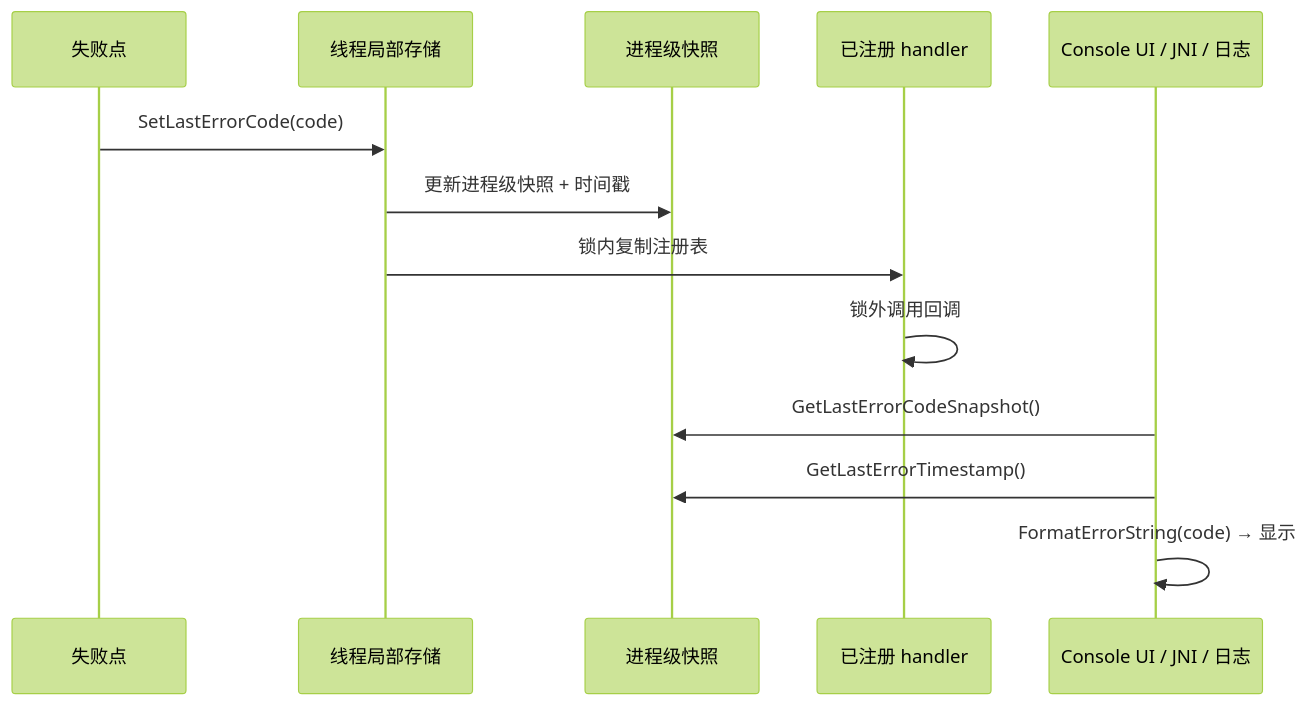
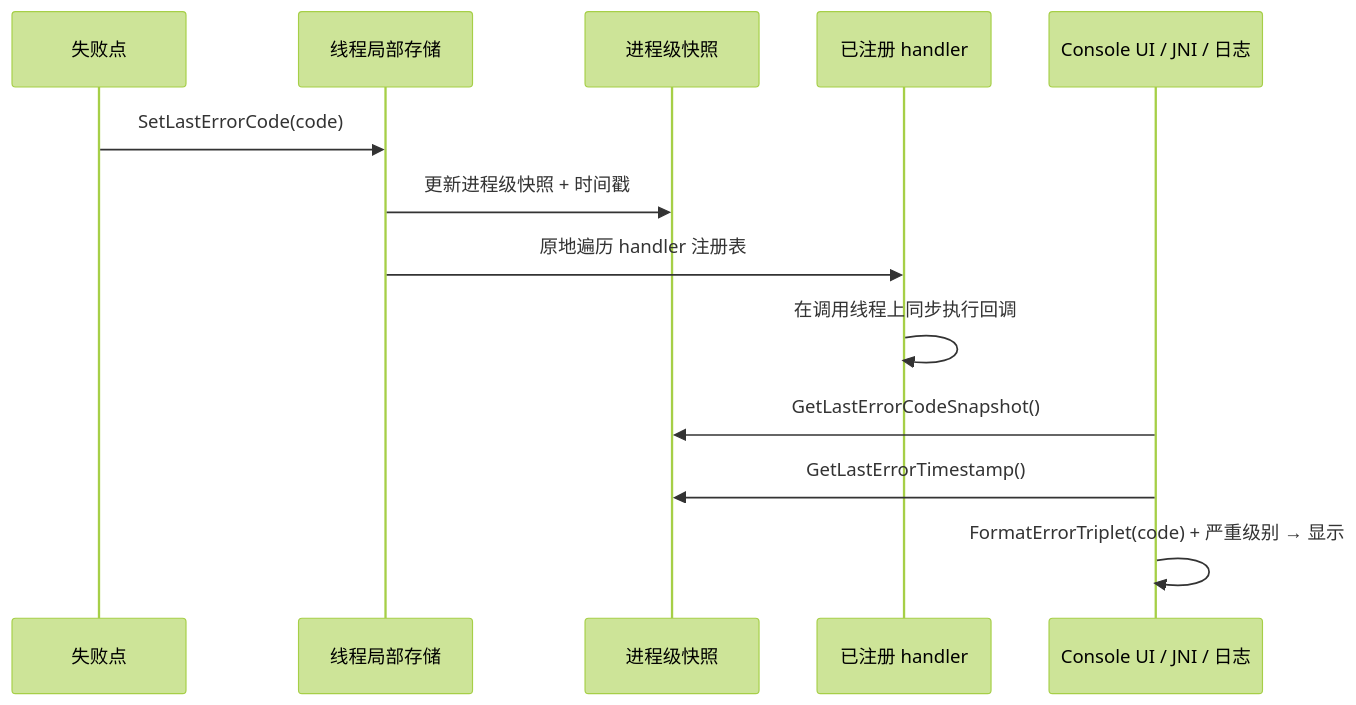
The third of 3 diagrams in docs/ERROR_HANDLING_API_CN.md (HyacinthHaru/openppp2), drawn with Mermaid (forest theme) before and after one commit. The commit also changed other lines of this file and 16 other files, not shown here.

Commit message:
Continuous improvement and optimization of error code paths, as well as updates to the documentation.

````diff
--- a/docs/ERROR_HANDLING_API_CN.md
+++ b/docs/ERROR_HANDLING_API_CN.md
@@ -253,16 +273,16 @@
 ```mermaid
 sequenceDiagram
     participant FailSite as 失败点
     participant TL as 线程局部存储
     participant PS as 进程级快照
     participant Handlers as 已注册 handler
     participant UI as Console UI / JNI / 日志
 
     FailSite->>TL: SetLastErrorCode(code)
     TL->>PS: 更新进程级快照 + 时间戳
-    TL->>Handlers: 锁内复制注册表
-    Handlers->>Handlers: 锁外调用回调
+    TL->>Handlers: 原地遍历 handler 注册表
+    Handlers->>Handlers: 在调用线程上同步执行回调
     UI->>PS: GetLastErrorCodeSnapshot()
     UI->>PS: GetLastErrorTimestamp()
-    UI->>UI: FormatErrorString(code) → 显示
+    UI->>UI: FormatErrorTriplet(code) + 严重级别 → 显示
 ```
````
